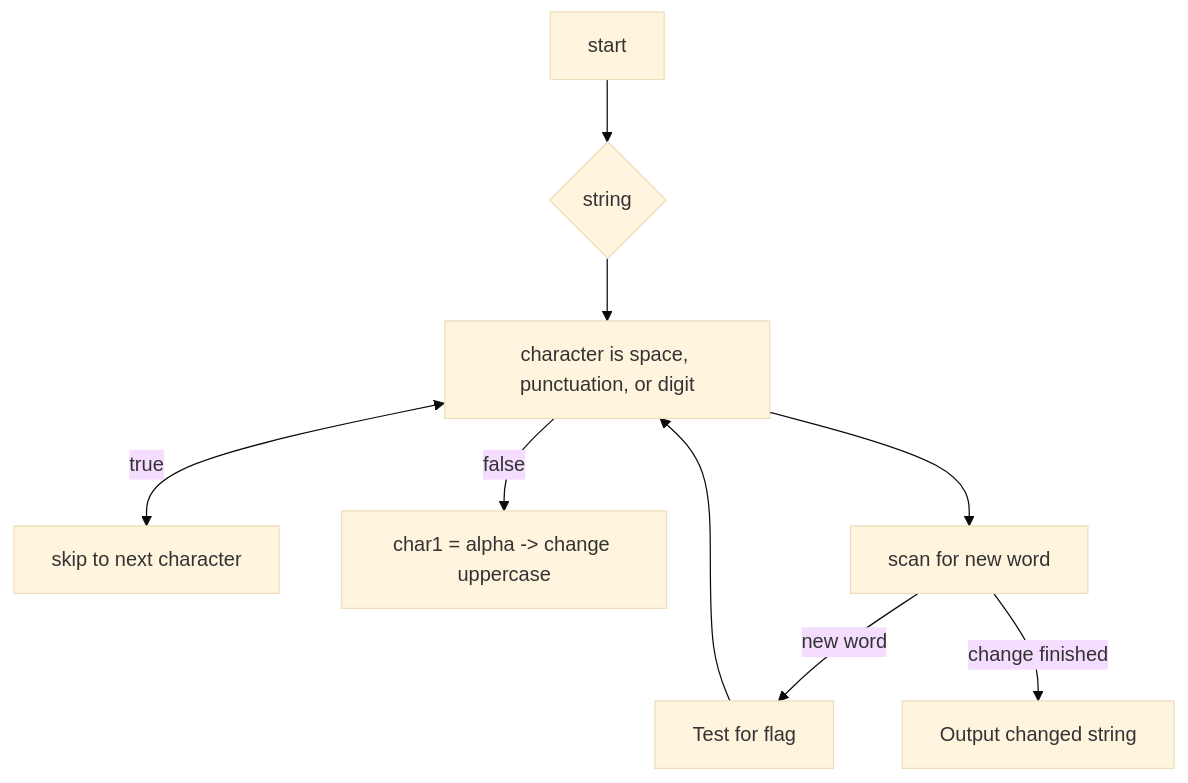
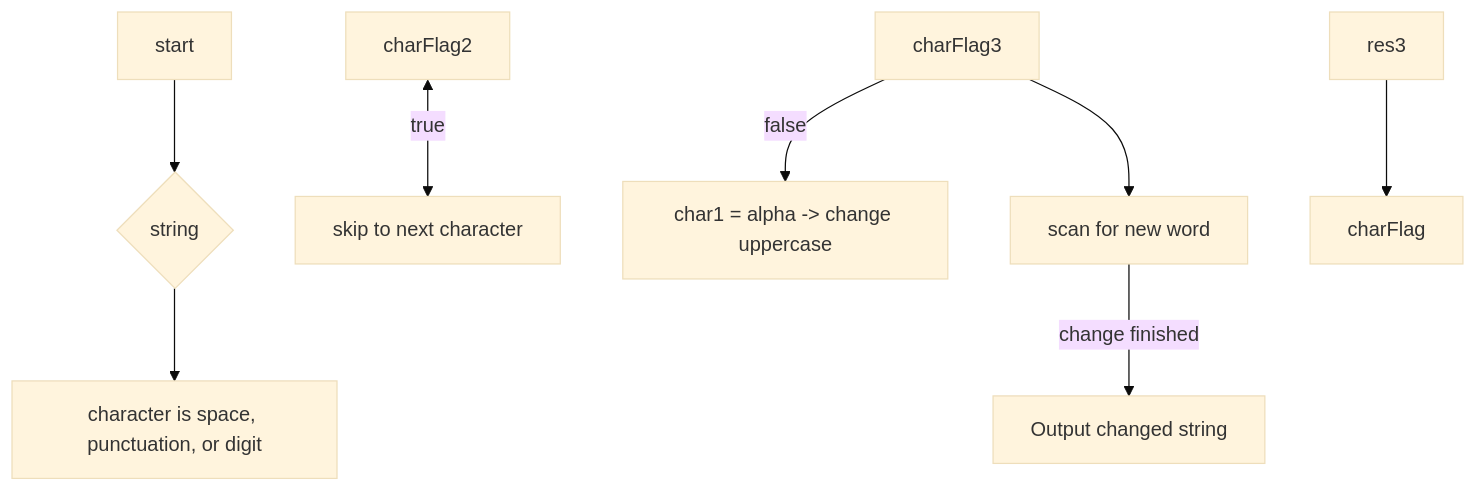
Before and after one commit to DatBoiBeRolling/C-plus-plus: the diagram in chapter4/mytitle-flow.mmd, drawn with Mermaid (base theme).

Commit message:
chapter4

```diff
--- a/chapter4/mytitle-flow.mmd
+++ b/chapter4/mytitle-flow.mmd
@@ -1,11 +1,10 @@
 flowchart TD
 
 	mystart[start]
 	mystart --> input{string}
-	input --> charFlag[character is space, punctuation, or digit]
-	charFlag <--> |true| res1[skip to next character]
-	charFlag --> |false| res2[char1 = alpha -> change uppercase]
-	charFlag --> charNew[scan for new word]
-	charNew --> |new word| res3[Test for flag]
+	input --> charFlag1[character is space, punctuation, or digit]
+	charFlag2 <--> |true| res1[skip to next character]
+	charFlag3 --> |false| res2[char1 = alpha -> change uppercase]
+	charFlag3 --> charNew[scan for new word]
 	res3 --> charFlag
 	charNew --> |change finished| end1[Output changed string]
```
